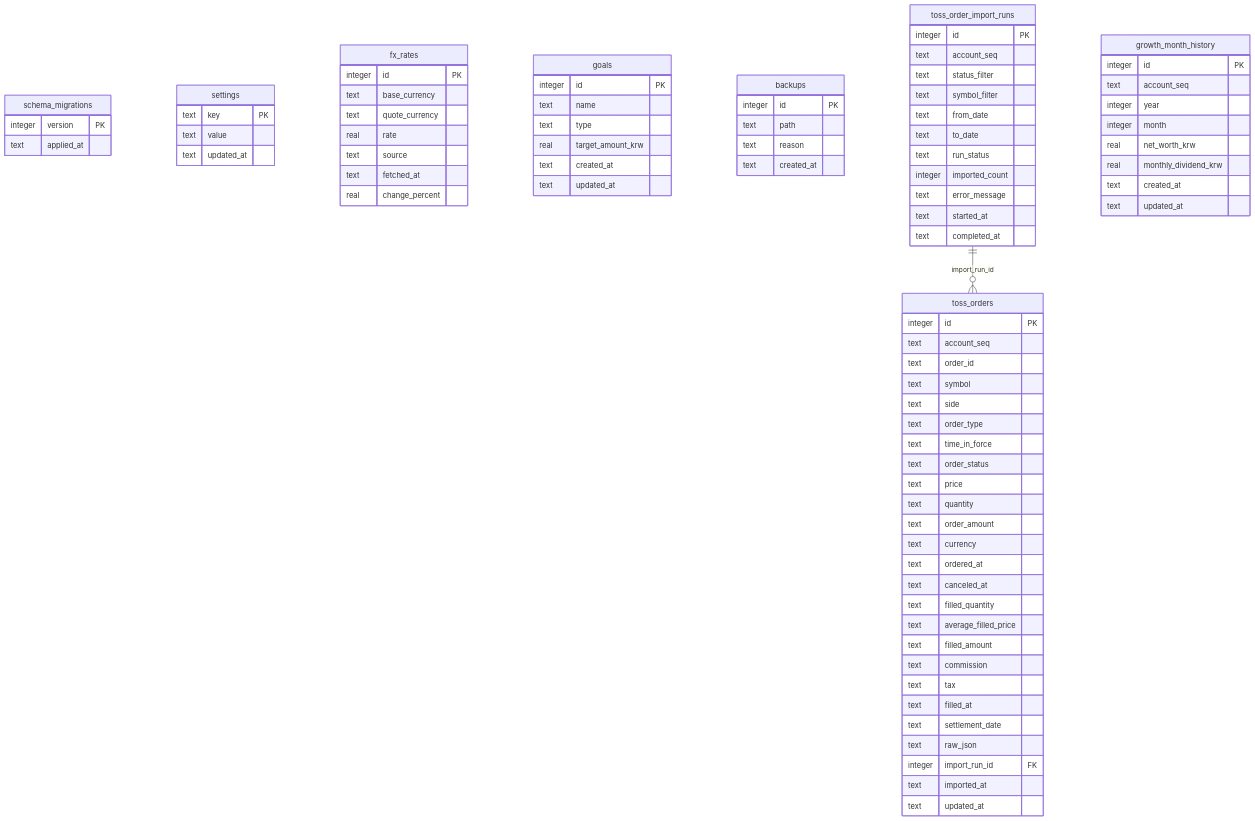
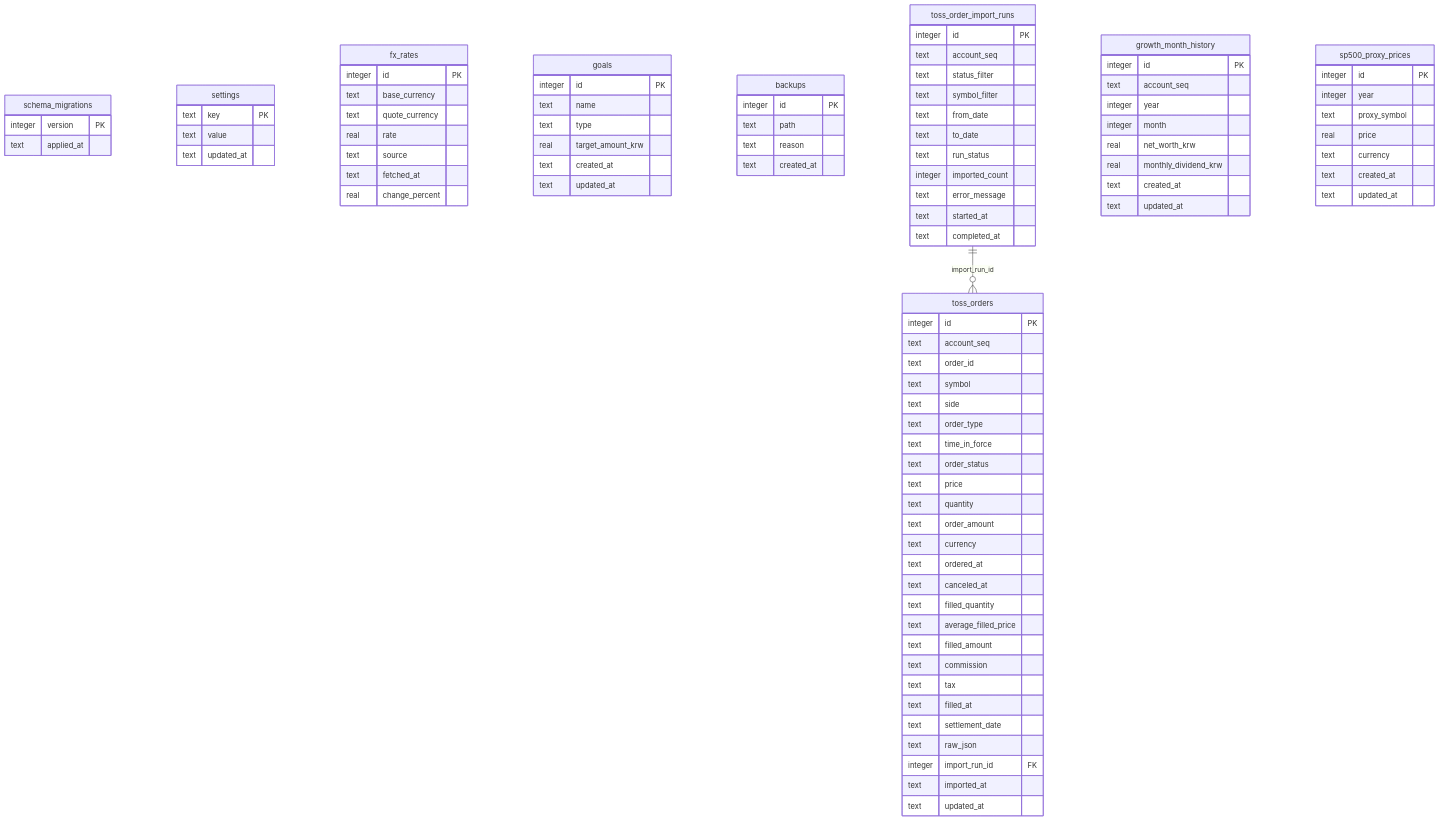
Before and after one commit to OhSuBin13/portfolio: the diagram in docs/db_erd.md, drawn with Mermaid. The commit also changed other lines of this file and 7 other files, not shown here.

Commit message:
feat: seed sp500 proxy prices

````diff
--- a/docs/db_erd.md
+++ b/docs/db_erd.md
@@ -87,5 +87,14 @@
       text created_at
       text updated_at
     }
+    sp500_proxy_prices {
+      integer id PK
+      integer year
+      text proxy_symbol
+      real price
+      text currency
+      text created_at
+      text updated_at
+    }
     toss_order_import_runs ||--o{ toss_orders : import_run_id
 ```
````
